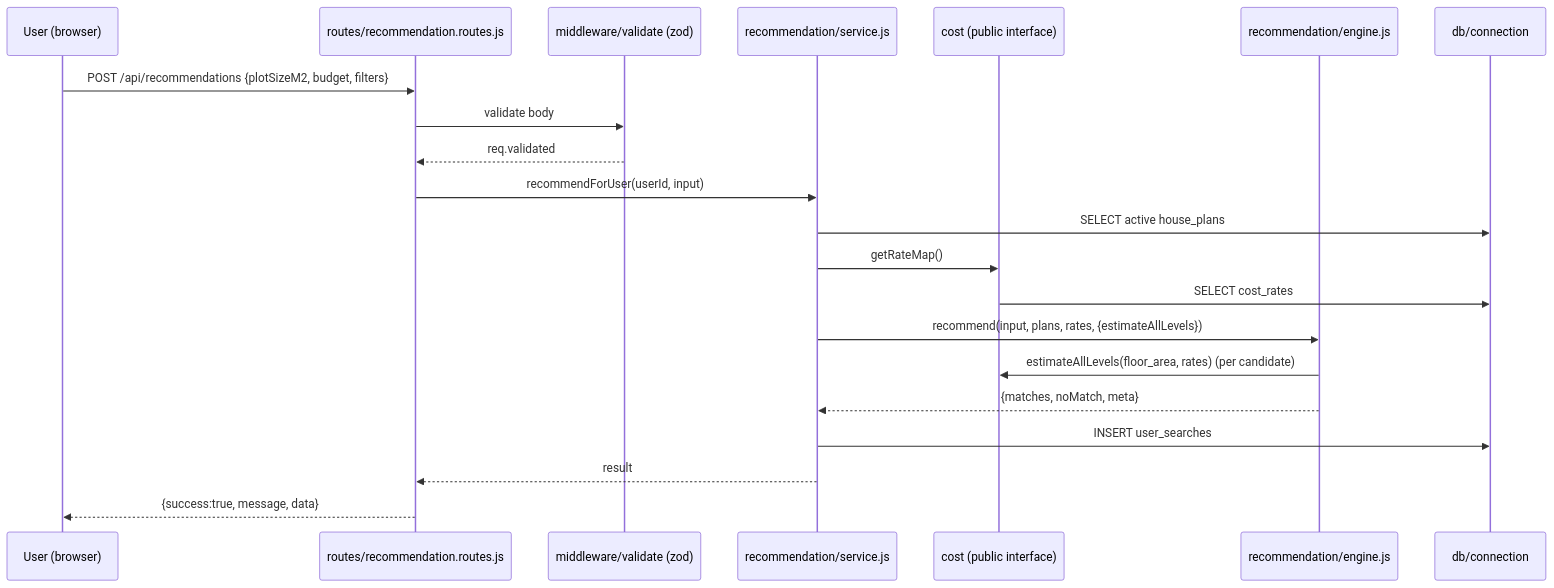
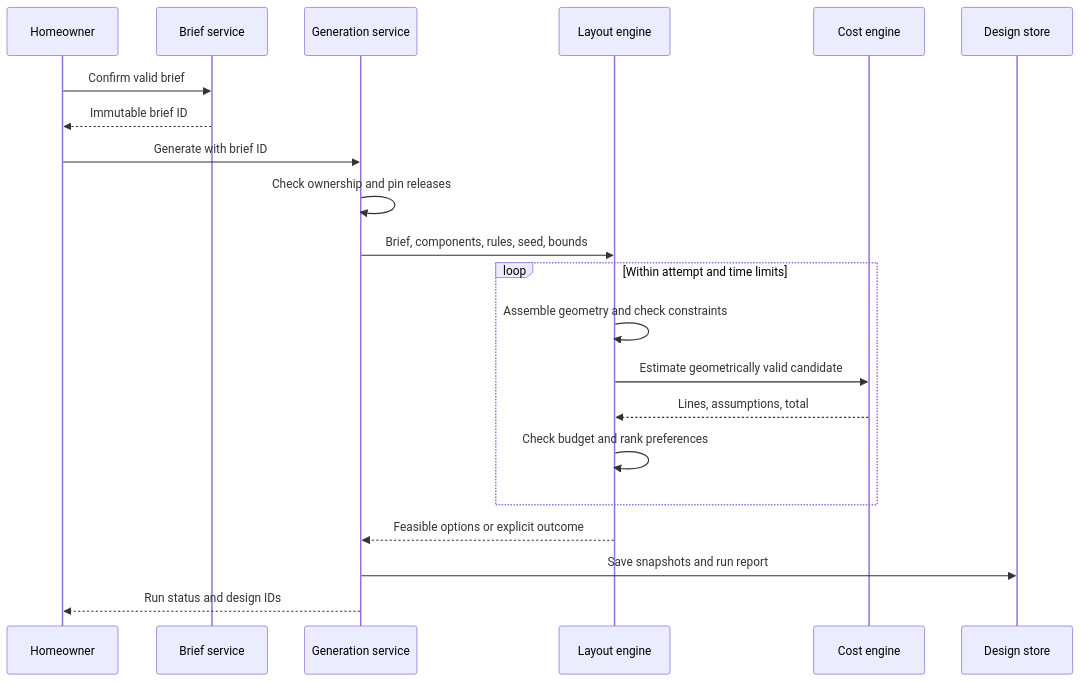
The second of 2 diagrams in docs/ARCHITECTURE.md (slethabo/SmartHouse), drawn with Mermaid before and after one commit. The commit also changed other lines of this file and 52 other files, not shown here.

````diff
--- a/docs/ARCHITECTURE.md
+++ b/docs/ARCHITECTURE.md
@@ -90,24 +55,23 @@
 ```mermaid
 sequenceDiagram
-    participant U as User (browser)
-    participant RT as routes/recommendation.routes.js
-    participant V as middleware/validate (zod)
-    participant RS as recommendation/service.js
-    participant CM as cost (public interface)
-    participant EN as recommendation/engine.js
-    participant DB as db/connection
-
-    U->>RT: POST /api/recommendations {plotSizeM2, budget, filters}
-    RT->>V: validate body
-    V-->>RT: req.validated
-    RT->>RS: recommendForUser(userId, input)
-    RS->>DB: SELECT active house_plans
-    RS->>CM: getRateMap()
-    CM->>DB: SELECT cost_rates
-    RS->>EN: recommend(input, plans, rates, {estimateAllLevels})
-    EN->>CM: estimateAllLevels(floor_area, rates)  (per candidate)
-    EN-->>RS: {matches, noMatch, meta}
-    RS->>DB: INSERT user_searches
-    RS-->>RT: result
-    RT-->>U: {success:true, message, data}
+    participant U as Homeowner
+    participant B as Brief service
+    participant G as Generation service
+    participant E as Layout engine
+    participant C as Cost engine
+    participant D as Design store
+    U->>B: Confirm valid brief
+    B-->>U: Immutable brief ID
+    U->>G: Generate with brief ID
+    G->>G: Check ownership and pin releases
+    G->>E: Brief, components, rules, seed, bounds
+    loop Within attempt and time limits
+        E->>E: Assemble geometry and check constraints
+        E->>C: Estimate geometrically valid candidate
+        C-->>E: Lines, assumptions, total
+        E->>E: Check budget and rank preferences
+    end
+    E-->>G: Feasible options or explicit outcome
+    G->>D: Save snapshots and run report
+    G-->>U: Run status and design IDs
 ```
````
